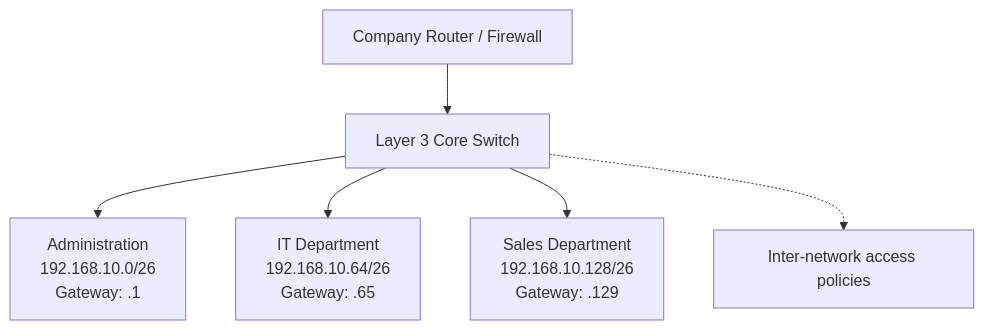
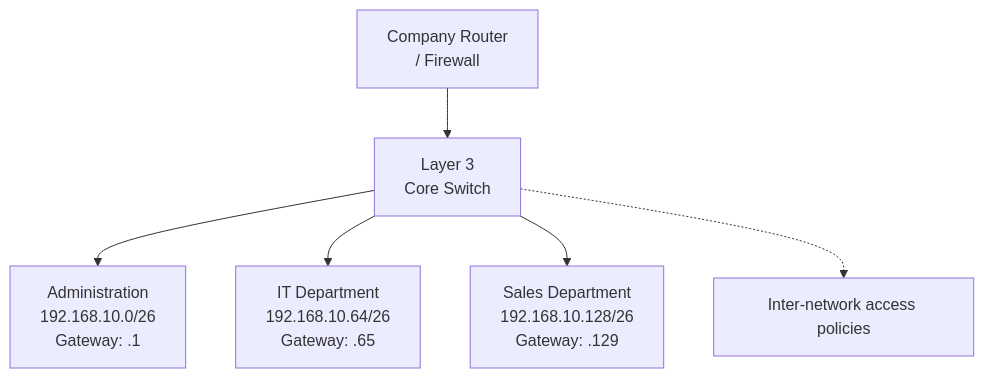
Before and after one commit to dadaarinade-ai/network-portfolio: the diagram in PROJECTS/Project 04/Network topology.mmd, drawn with Mermaid.

Commit message:
Update labels in network topology diagram

```diff
--- a/PROJECTS/Project 04/Network topology.mmd
+++ b/PROJECTS/Project 04/Network topology.mmd
@@ -1,12 +1,12 @@
 
 flowchart TD
-    R["Company Router / Firewall"]
-    L3["Layer 3 Core Switch"]
+    R["Company Router<br/> / Firewall"]
+    L3["Layer 3<br/> Core Switch"]
 
     R --> L3
 
     L3 --> A["Administration<br/>192.168.10.0/26<br/>Gateway: .1"]
     L3 --> I["IT Department<br/>192.168.10.64/26<br/>Gateway: .65"]
     L3 --> S["Sales Department<br/>192.168.10.128/26<br/>Gateway: .129"]
 
     L3 -.-> ACL["Inter-network access policies"]
```
